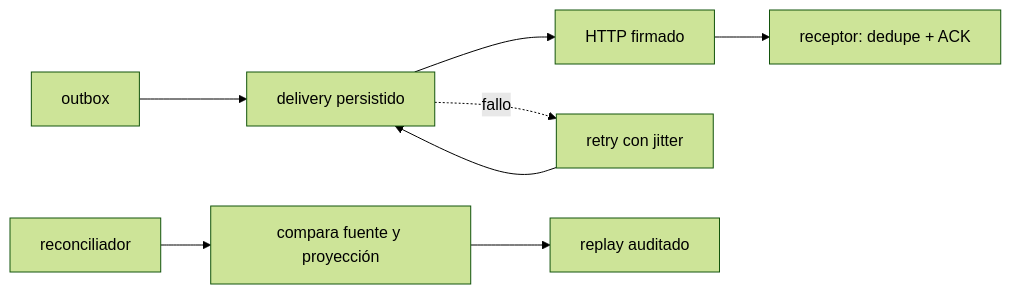
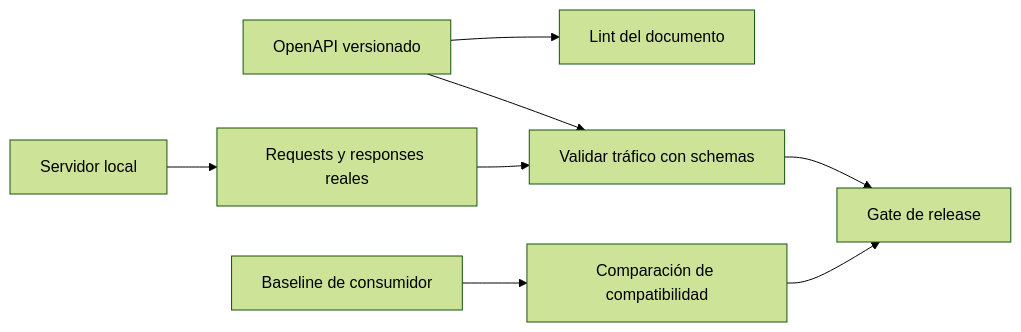
The fifth of 5 diagrams in web/public/content/node/modulo-13.md (NICORUIZ93/The_Imperial_Book), drawn with Mermaid (forest theme) before and after one commit. The commit also changed other lines of this file and 33 other files, not shown here.

````diff
--- a/web/public/content/node/modulo-13.md
+++ b/web/public/content/node/modulo-13.md
@@ -385,7 +1393,10 @@
 ```mermaid
 flowchart LR
-    O[outbox] --> D[delivery persistido] --> H[HTTP firmado] --> R[receptor: dedupe + ACK]
-    D -. fallo .-> RET[retry con jitter]
-    RET --> D
-    RC[reconciliador] --> C[compara fuente y proyección] --> RP[replay auditado]
+  Contract[OpenAPI versionado] --> Lint[Lint del documento]
+  Server[Servidor local] --> Traffic[Requests y responses reales]
+  Contract --> Schema[Validar tráfico con schemas]
+  Traffic --> Schema
+  Consumer[Baseline de consumidor] --> Diff[Comparación de compatibilidad]
+  Schema --> Gate[Gate de release]
+  Diff --> Gate
 ```
````
